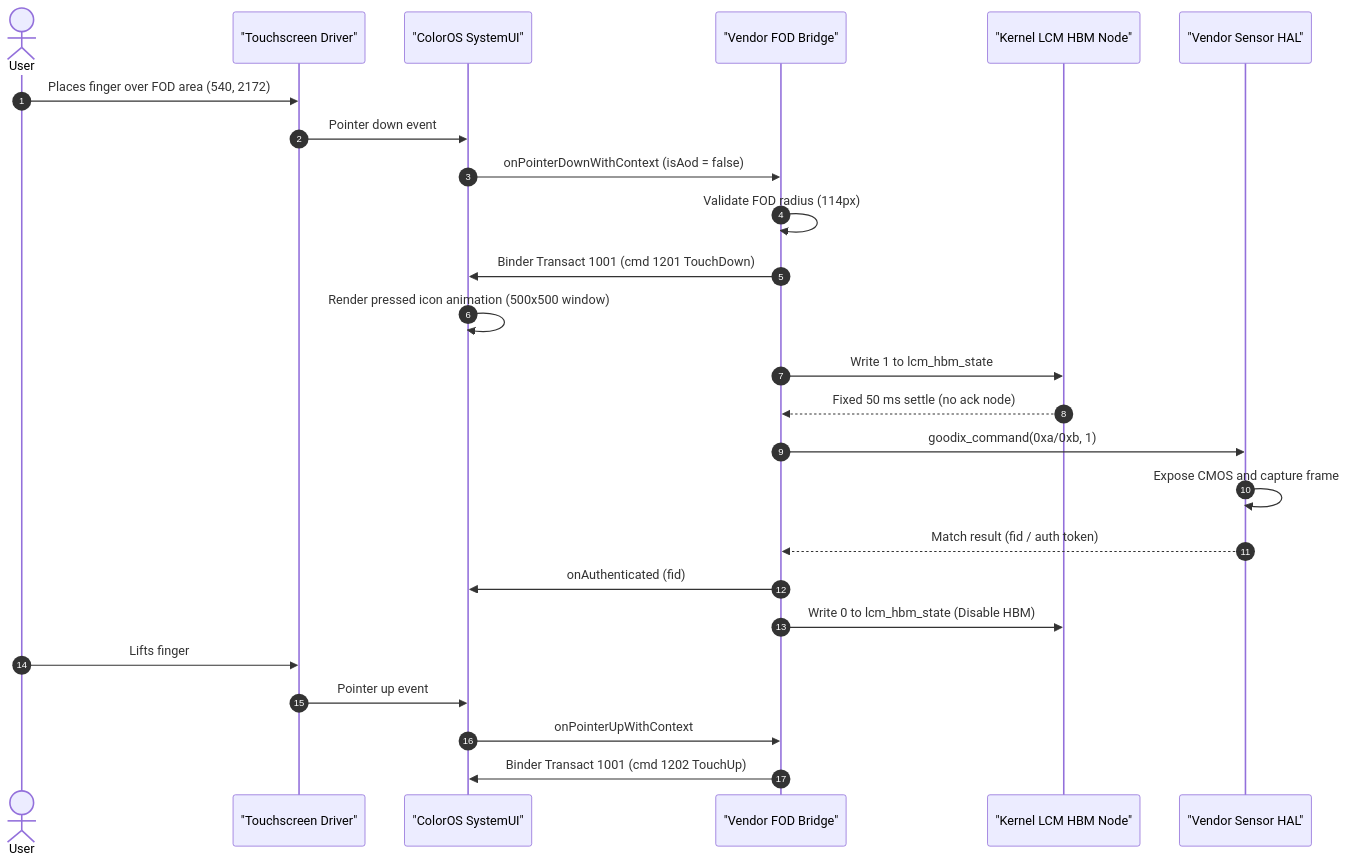
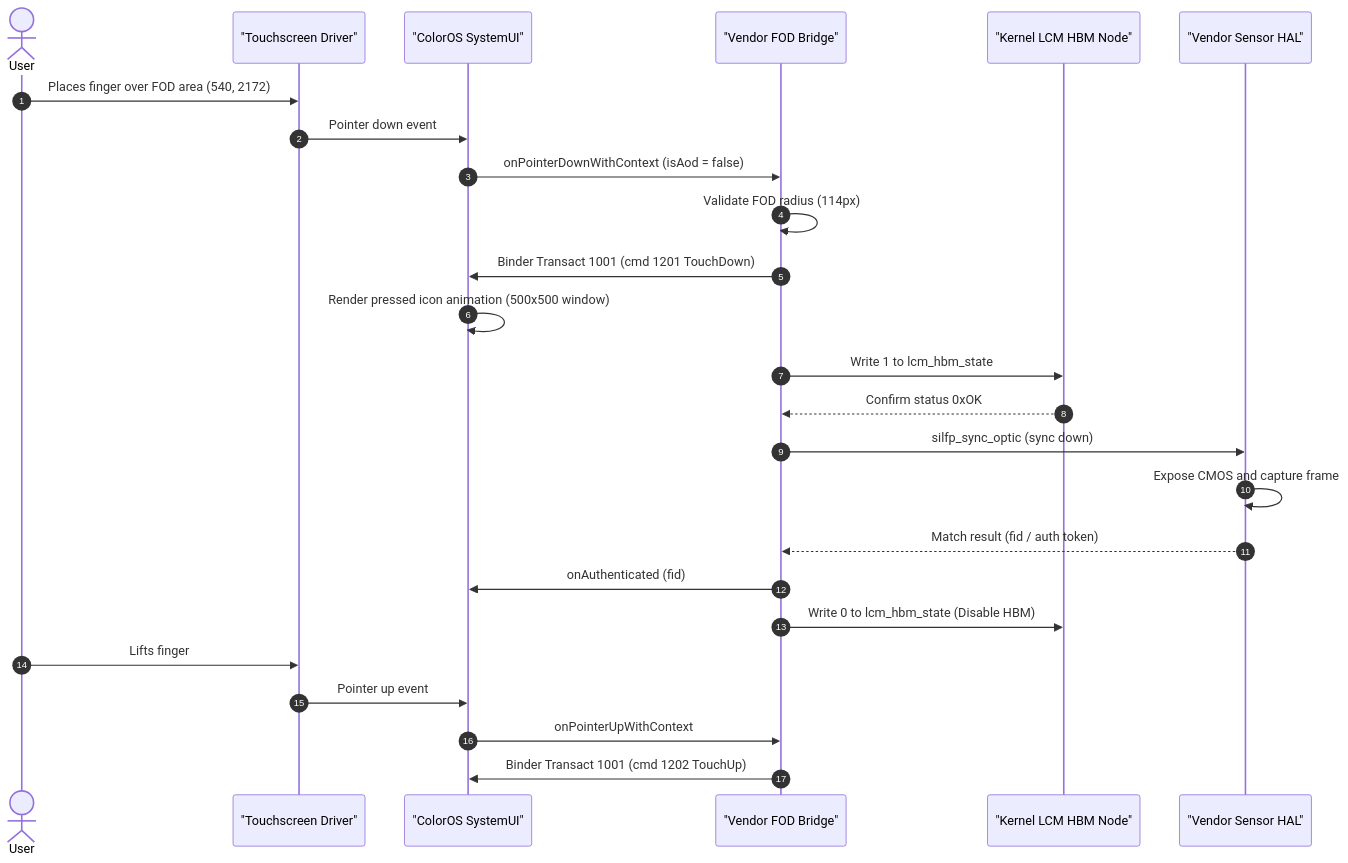
The second of 4 diagrams in README.md (usermahiro/Oplus-UDFPS-Bridge-Transsion), drawn with Mermaid before and after one commit. The commit also changed other lines of this file and 12 other files, not shown here.

````diff
--- a/README.md
+++ b/README.md
@@ -95,28 +104,28 @@
 ```mermaid
 sequenceDiagram
     autonumber
     actor User as User
     participant TP as "Touchscreen Driver"
     participant UI as "ColorOS SystemUI"
     participant Bridge as "Vendor FOD Bridge"
     participant HBM as "Kernel LCM HBM Node"
     participant Sensor as "Vendor Sensor HAL"
 
     User->>TP: Places finger over FOD area (540, 2172)
     TP->>UI: Pointer down event
     UI->>Bridge: onPointerDownWithContext (isAod = false)
     Bridge->>Bridge: Validate FOD radius (114px)
     Bridge->>UI: Binder Transact 1001 (cmd 1201 TouchDown)
     UI->>UI: Render pressed icon animation (500x500 window)
     Bridge->>HBM: Write 1 to lcm_hbm_state
-    HBM-->>Bridge: Fixed 50 ms settle (no ack node)
-    Bridge->>Sensor: goodix_command(0xa/0xb, 1)
+    HBM-->>Bridge: Confirm status 0xOK
+    Bridge->>Sensor: silfp_sync_optic (sync down)
     Sensor->>Sensor: Expose CMOS and capture frame
     Sensor-->>Bridge: Match result (fid / auth token)
     Bridge->>UI: onAuthenticated (fid)
     Bridge->>HBM: Write 0 to lcm_hbm_state (Disable HBM)
     User->>TP: Lifts finger
     TP->>UI: Pointer up event
     UI->>Bridge: onPointerUpWithContext
     Bridge->>UI: Binder Transact 1001 (cmd 1202 TouchUp)
 ```
````
